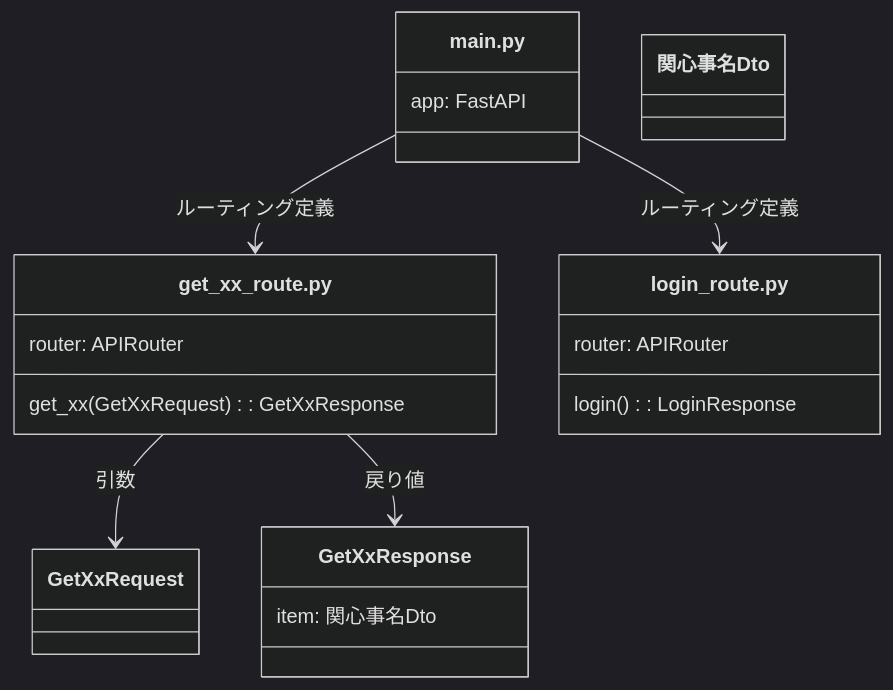
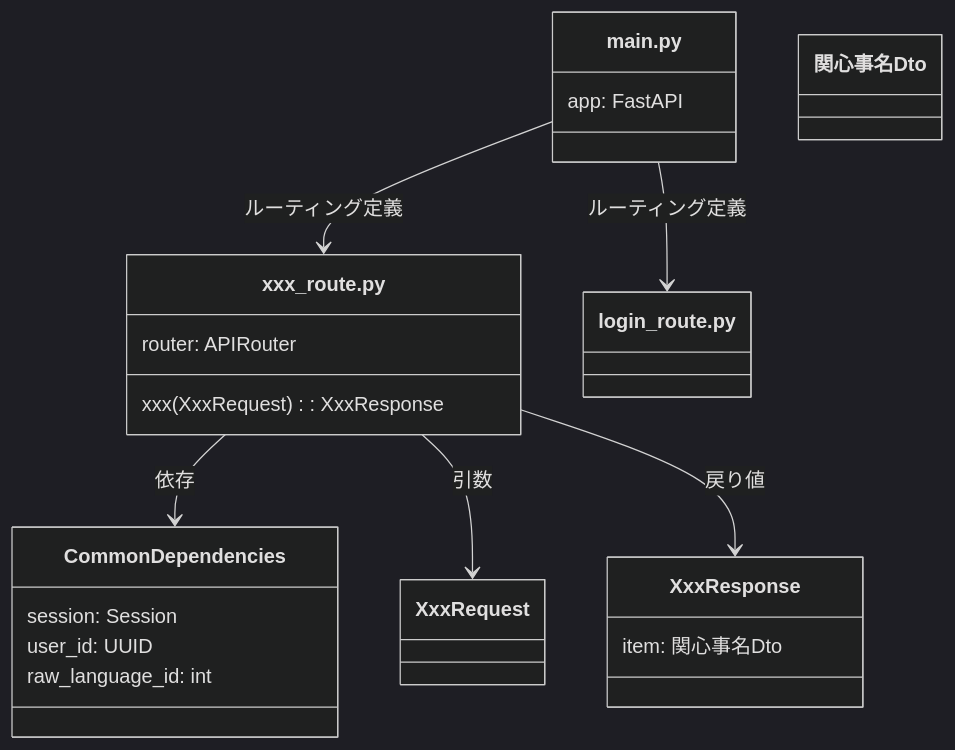
The first of 3 diagrams in docs/ja/api/エンドポイント-endpoint.md (shuhei1101/allowance-questboard), drawn with Mermaid (dark theme) before and after one commit. The commit also changed other lines of this file and 80 other files, not shown here.

````diff
--- a/docs/ja/api/エンドポイント-endpoint.md
+++ b/docs/ja/api/エンドポイント-endpoint.md
@@ -8,25 +8,27 @@
 ```mermaid
 classDiagram
     class main.py {
         app: FastAPI
     }
-    class get_xx_route.py {
+    class CommonDependencies {
+        session: Session
+        user_id: UUID
+        raw_language_id: int
+    }
+    class xxx_route.py {
         router: APIRouter
-        get_xx(GetXxRequest): GetXxResponse
+        xxx(XxxRequest): XxxResponse
     }
-    class login_route.py {
-        router: APIRouter
-        login(): LoginResponse
-    }
-    class GetXxResponse {
+    class XxxResponse {
         item: 関心事名Dto
     }
     class 関心事名Dto
-    class GetXxRequest
+    class XxxRequest
 
-    main.py --> get_xx_route.py : ルーティング定義
+    main.py --> xxx_route.py : ルーティング定義
     main.py --> login_route.py : ルーティング定義
 
-    get_xx_route.py --> GetXxRequest : 引数
-    get_xx_route.py --> GetXxResponse : 戻り値
+    xxx_route.py --> CommonDependencies : 依存
+    xxx_route.py --> XxxRequest : 引数
+    xxx_route.py --> XxxResponse : 戻り値
 ```
````
